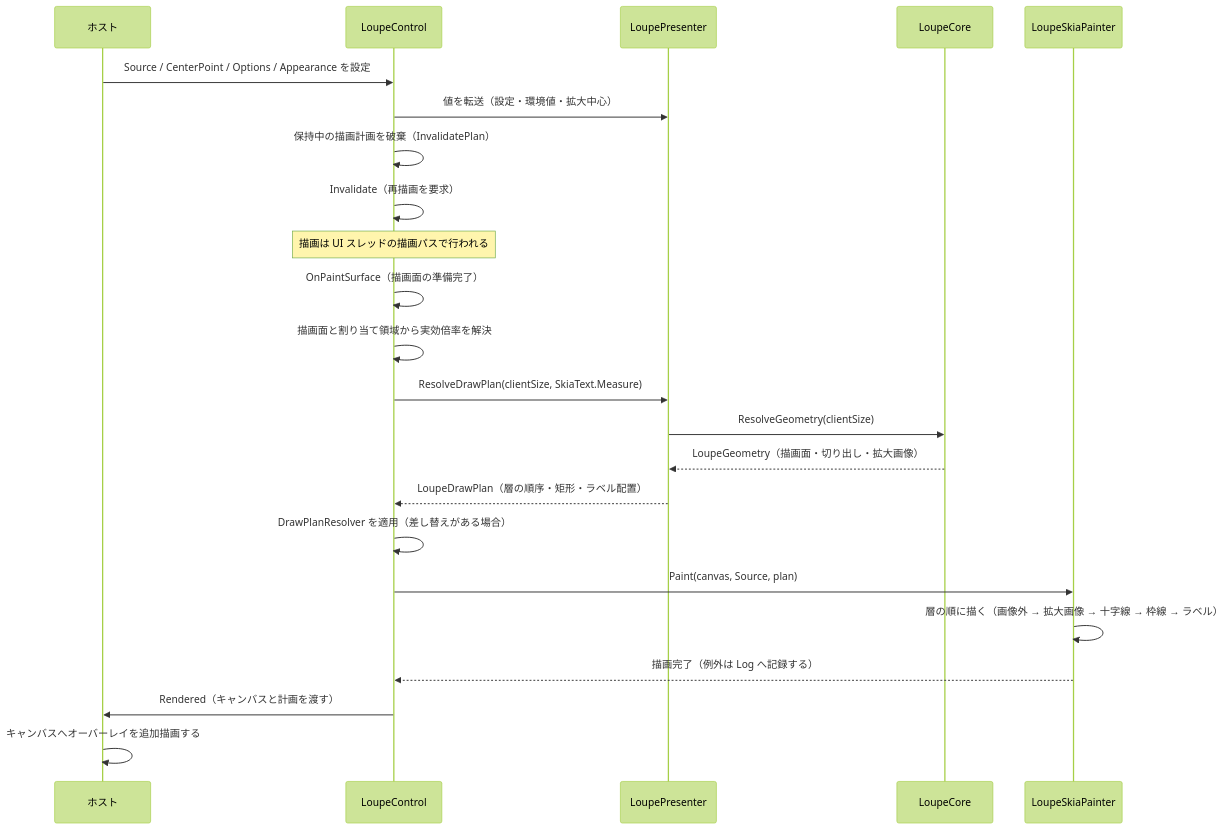
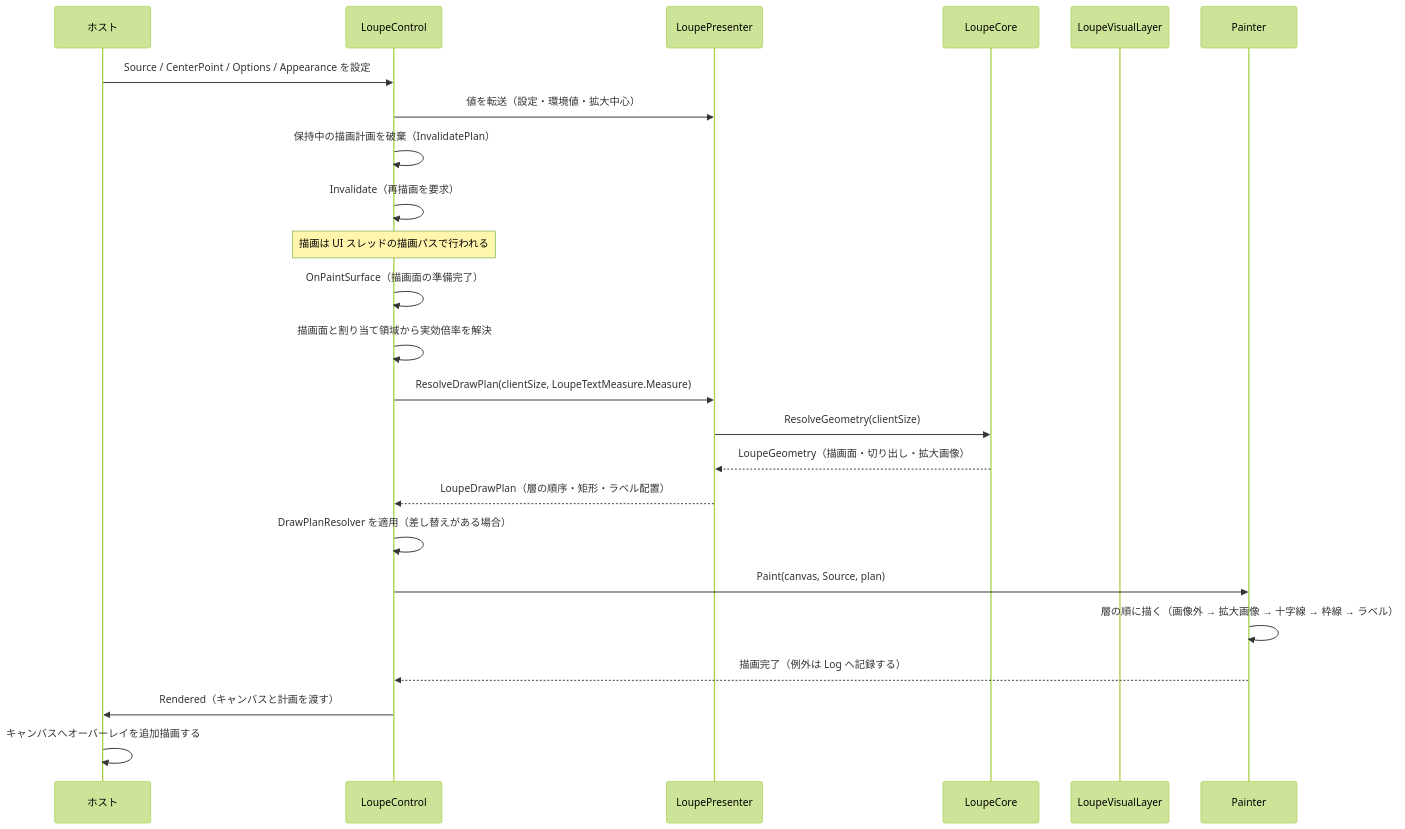
One commit to tomokuni/EsUtil changed the second of 2 diagrams in EsUtil.Ui.WinUI3/Loupe/docs/SPEC_System.md. Above: the diagram before and after it, drawn with Mermaid (forest theme). The commit also changed other lines of this file and 72 other files, not shown here.

````diff
--- a/EsUtil.Ui.WinUI3/Loupe/docs/SPEC_System.md
+++ b/EsUtil.Ui.WinUI3/Loupe/docs/SPEC_System.md
@@ -209,26 +190,26 @@
 ```mermaid
 sequenceDiagram
     participant Host as ホスト
     participant Control as LoupeControl
     participant Presenter as LoupePresenter
     participant Core as LoupeCore
-    participant Painter as LoupeSkiaPainter
+    participant Visual as LoupeVisualLayer
 
     Host->>Control: Source / CenterPoint / Options / Appearance を設定
     Control->>Presenter: 値を転送（設定・環境値・拡大中心）
     Control->>Control: 保持中の描画計画を破棄（InvalidatePlan）
     Control->>Control: Invalidate（再描画を要求）
     Note over Control: 描画は UI スレッドの描画パスで行われる
     Control->>Control: OnPaintSurface（描画面の準備完了）
     Control->>Control: 描画面と割り当て領域から実効倍率を解決
-    Control->>Presenter: ResolveDrawPlan(clientSize, SkiaText.Measure)
+    Control->>Presenter: ResolveDrawPlan(clientSize, LoupeTextMeasure.Measure)
     Presenter->>Core: ResolveGeometry(clientSize)
     Core-->>Presenter: LoupeGeometry（描画面・切り出し・拡大画像）
     Presenter-->>Control: LoupeDrawPlan（層の順序・矩形・ラベル配置）
     Control->>Control: DrawPlanResolver を適用（差し替えがある場合）
     Control->>Painter: Paint(canvas, Source, plan)
     Painter->>Painter: 層の順に描く（画像外 → 拡大画像 → 十字線 → 枠線 → ラベル）
     Painter-->>Control: 描画完了（例外は Log へ記録する）
     Control->>Host: Rendered（キャンバスと計画を渡す）
     Host->>Host: キャンバスへオーバーレイを追加描画する
 ```
````
